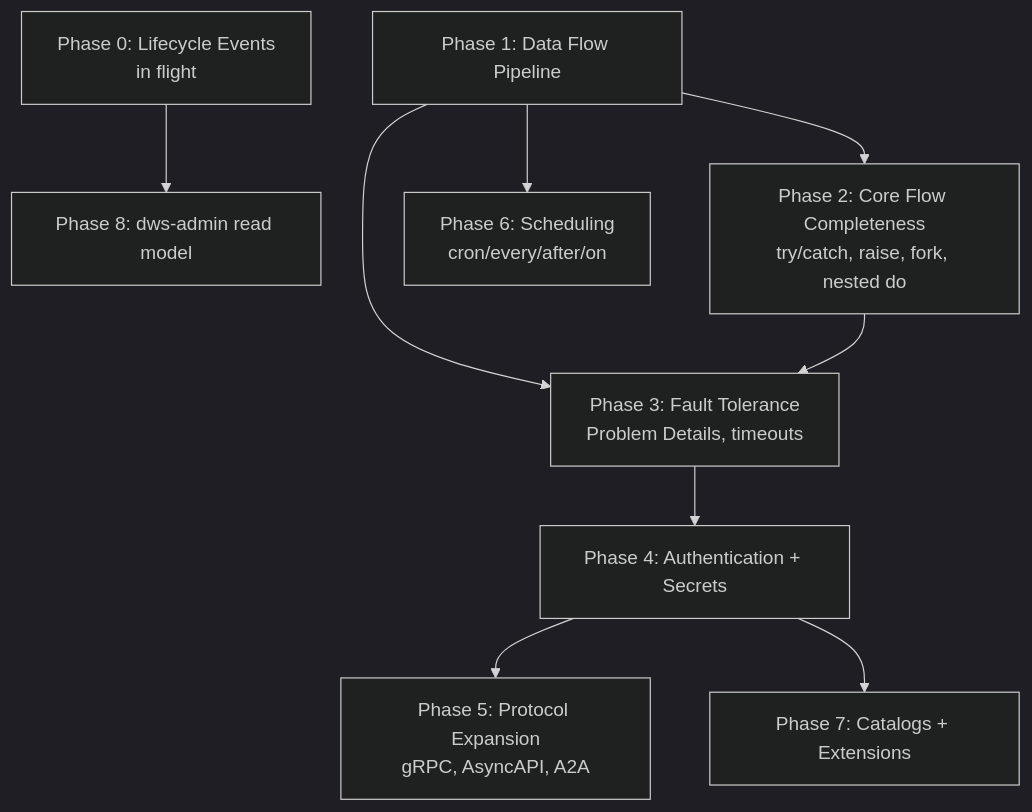
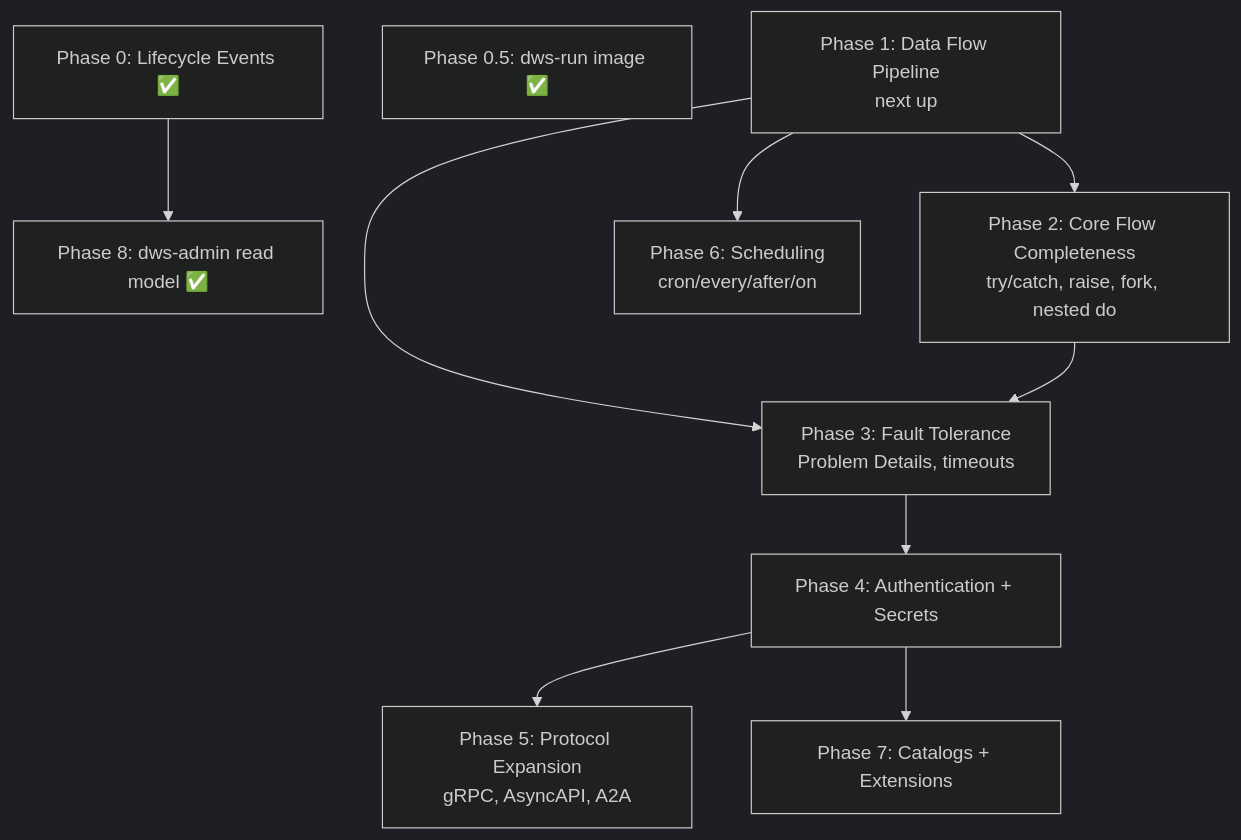
One commit to tonylibs/dapr-workflow-spec changed the diagram in docs/roadmap.md. Above: the diagram before and after it, drawn with Mermaid (dark theme). The commit also changed other lines of this file, not shown here.

Commit message:
update roadmap

````diff
--- a/docs/roadmap.md
+++ b/docs/roadmap.md
@@ -46,11 +47,12 @@
 ```mermaid
 flowchart TD
-  P0[Phase 0: Lifecycle Events<br/>in flight] --> P8[Phase 8: dws-admin read model]
-  P1[Phase 1: Data Flow Pipeline] --> P2[Phase 2: Core Flow Completeness<br/>try/catch, raise, fork, nested do]
+  P0[Phase 0: Lifecycle Events ✅] --> P8[Phase 8: dws-admin read model ✅]
+  P05[Phase 0.5: dws-run image ✅]
+  P1[Phase 1: Data Flow Pipeline<br/>next up] --> P2[Phase 2: Core Flow Completeness<br/>try/catch, raise, fork, nested do]
   P1 --> P3[Phase 3: Fault Tolerance<br/>Problem Details, timeouts]
   P2 --> P3
   P3 --> P4[Phase 4: Authentication + Secrets]
   P4 --> P5[Phase 5: Protocol Expansion<br/>gRPC, AsyncAPI, A2A]
   P1 --> P6[Phase 6: Scheduling<br/>cron/every/after/on]
   P4 --> P7[Phase 7: Catalogs + Extensions]
 ```
````
